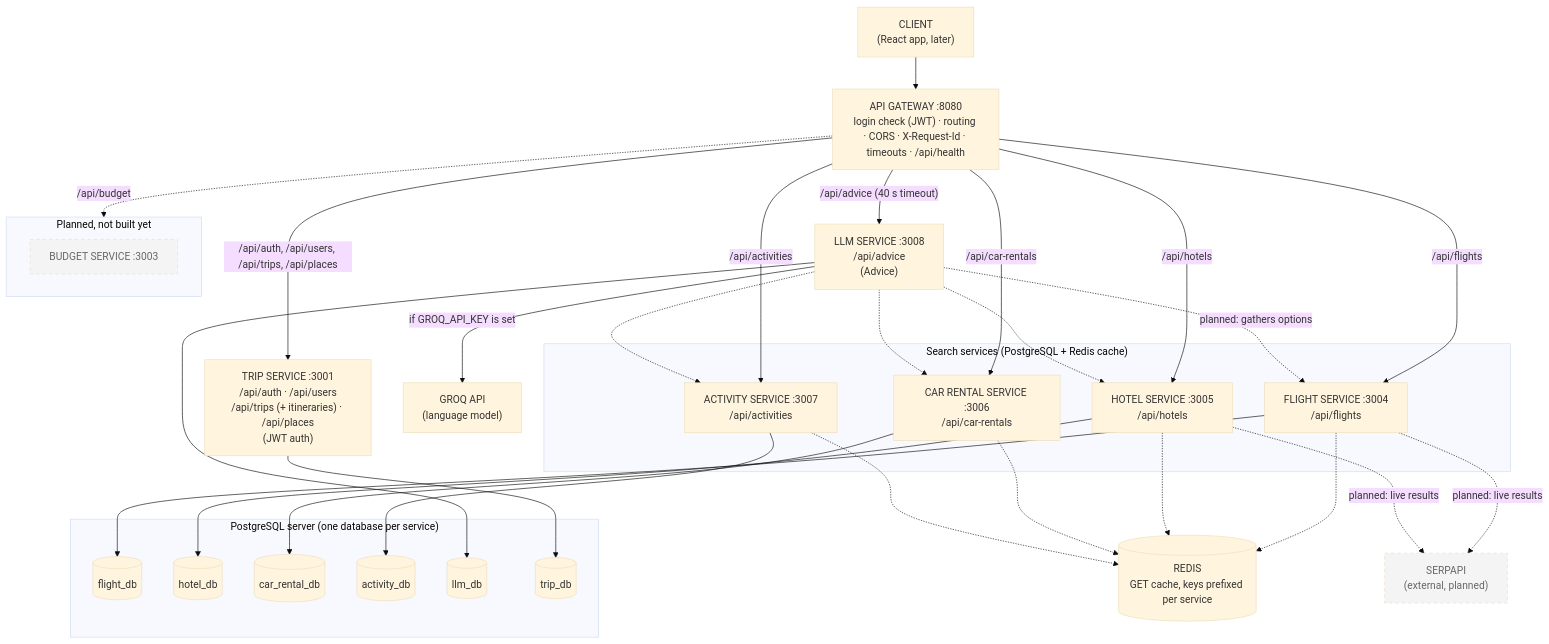
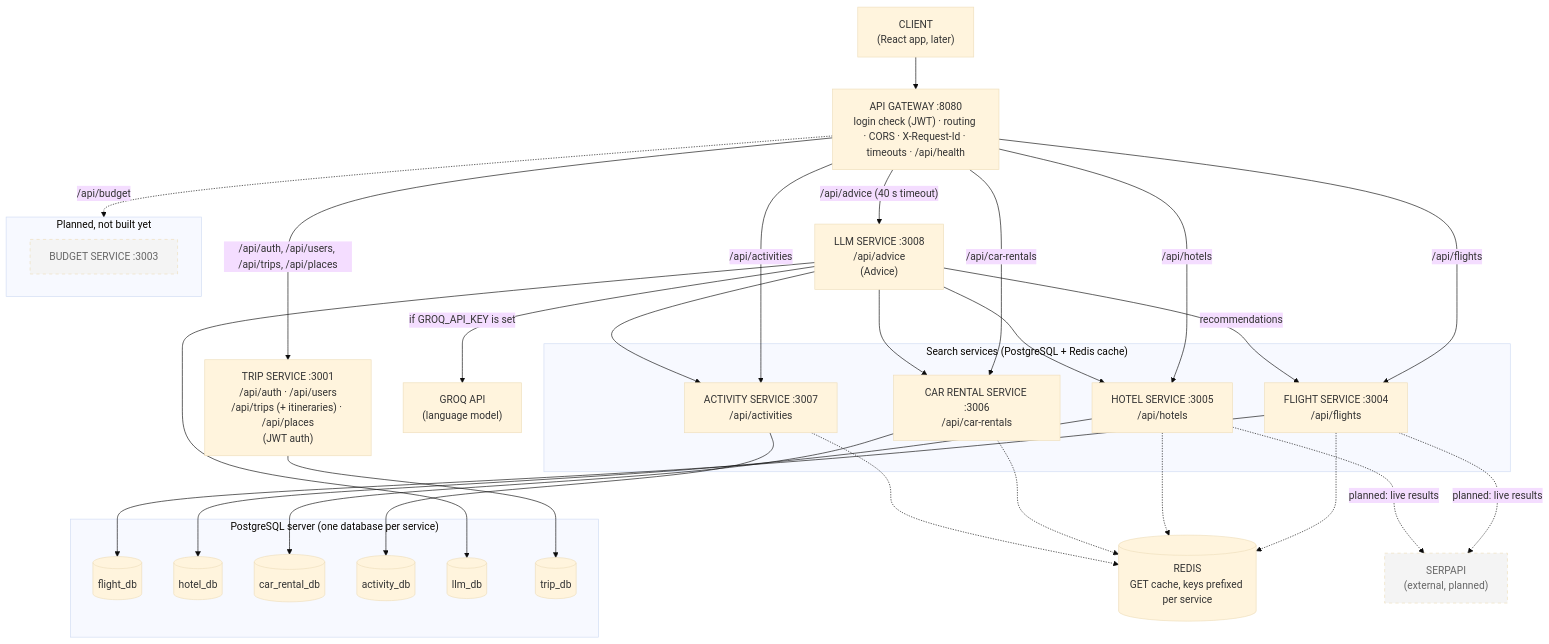
The first of 5 diagrams in docs/ARCHITECTURE.md (EricchuftwOmO/Travel-Assistant), drawn with Mermaid (base theme) before and after one commit. The commit also changed other lines of this file and 106 other files, not shown here.

````diff
--- a/docs/ARCHITECTURE.md
+++ b/docs/ARCHITECTURE.md
@@ -9,72 +7,69 @@
 ```mermaid
 flowchart TB
     client["CLIENT<br/>(React app, later)"]
     gateway["API GATEWAY :8080<br/>login check (JWT) · routing · CORS · X-Request-Id · timeouts · /api/health"]
 
     client --> gateway
 
     subgraph planned["Planned, not built yet"]
         direction LR
         budget["BUDGET SERVICE :3003"]:::planned
     end
 
     trip["TRIP SERVICE :3001<br/>/api/auth · /api/users<br/>/api/trips (+ itineraries) · /api/places<br/>(JWT auth)"]
 
     gateway -->|"/api/auth, /api/users, /api/trips, /api/places"| trip
     gateway -.->|"/api/budget"| budget
 
     subgraph search["Search services (PostgreSQL + Redis cache)"]
         flight["FLIGHT SERVICE :3004<br/>/api/flights"]
         hotel["HOTEL SERVICE :3005<br/>/api/hotels"]
         car["CAR RENTAL SERVICE :3006<br/>/api/car-rentals"]
         activity["ACTIVITY SERVICE :3007<br/>/api/activities"]
     end
 
     llm["LLM SERVICE :3008<br/>/api/advice<br/>(Advice)"]
 
     gateway -->|"/api/flights"| flight
     gateway -->|"/api/hotels"| hotel
     gateway -->|"/api/car-rentals"| car
     gateway -->|"/api/activities"| activity
     gateway -->|"/api/advice (40 s timeout)"| llm
 
     subgraph pg["PostgreSQL server (one database per service)"]
         fdb[("flight_db")]
         hdb[("hotel_db")]
         cdb[("car_rental_db")]
         adb[("activity_db")]
         ldb[("llm_db")]
         tdb[("trip_db")]
     end
 
     redis[("REDIS<br/>GET cache, keys prefixed per service")]
 
     flight --> fdb
     hotel --> hdb
     car --> cdb
     activity --> adb
     llm --> ldb
     trip --> tdb
 
     flight -.-> redis
     hotel -.-> redis
     car -.-> redis
     activity -.-> redis
 
     groq["GROQ API<br/>(language model)"]
     llm -->|"if GROQ_API_KEY is set"| groq
 
-    %% Planned: the LLM service is the AI component. It calls the search services directly
-    %% (not through the gateway) to gather options for a recommendation summary.
-    %% Planned: live flight and hotel results come from SerpApi (Google Flights / Google Hotels).
     serpapi["SERPAPI<br/>(external, planned)"]:::planned
     flight -.->|"planned: live results"| serpapi
     hotel -.->|"planned: live results"| serpapi
 
-    llm -.->|"planned: gathers options"| flight
-    llm -.-> hotel
-    llm -.-> car
-    llm -.-> activity
+    llm -->|"recommendations"| flight
+    llm --> hotel
+    llm --> car
+    llm --> activity
 
     classDef planned stroke-dasharray: 5 5,fill:#f4f4f4,color:#666
 ```
````
